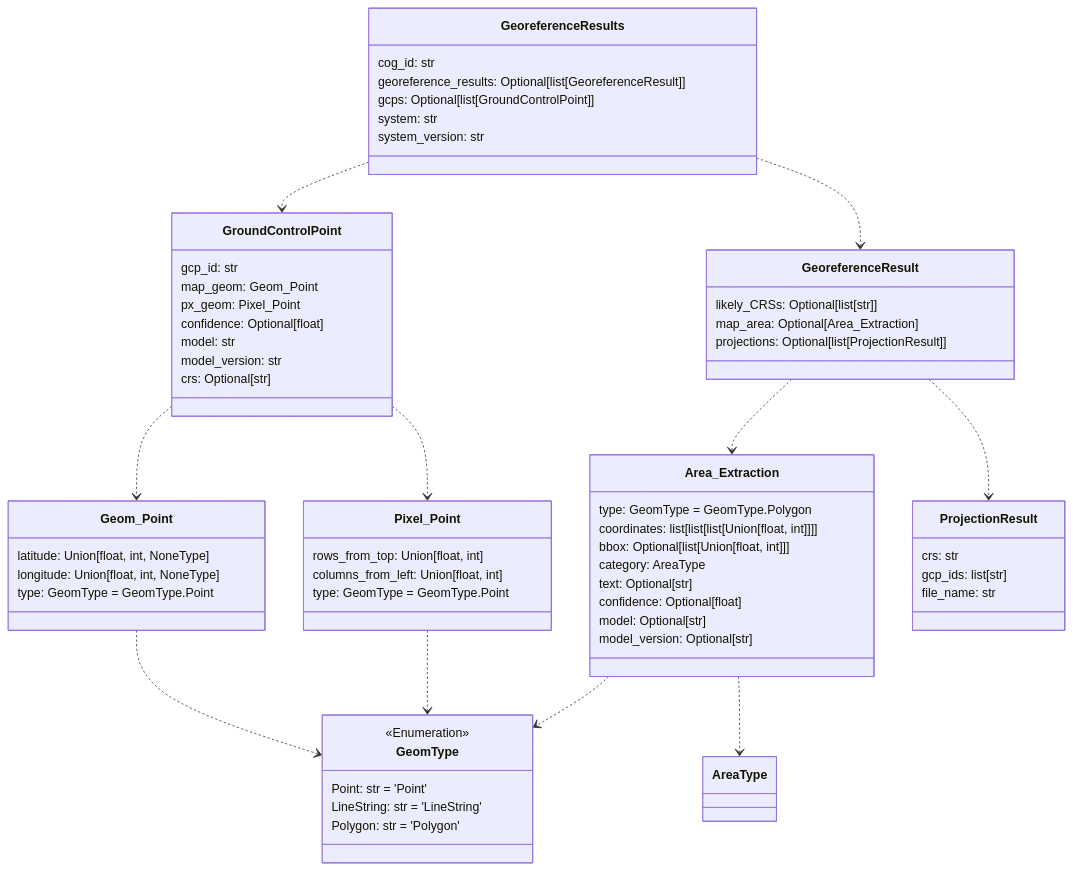
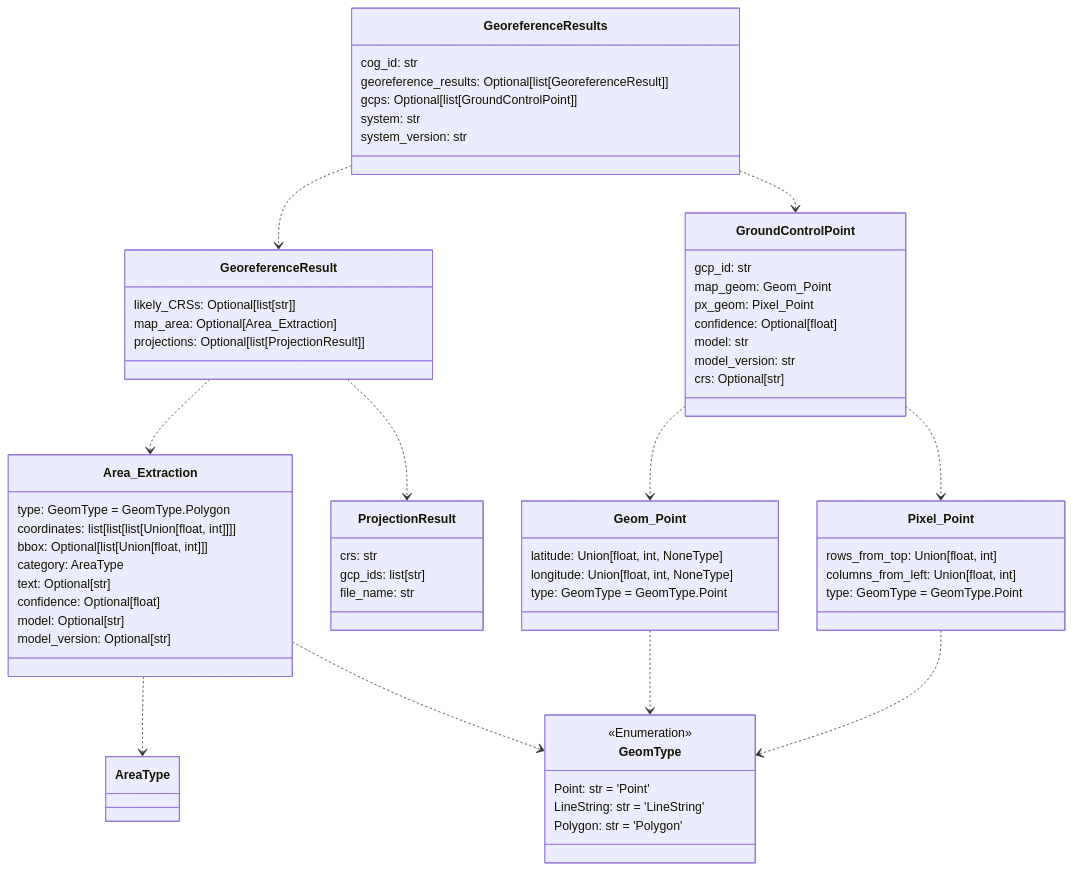
The first of 8 diagrams in README.md (UW-xDD/cdr_schemas), drawn with Mermaid before and after one commit. The commit also changed other lines of this file, not shown here.

Commit message:
Update readme with document diagram

````diff
--- a/README.md
+++ b/README.md
@@ -50,76 +50,76 @@
 ```mermaid
 classDiagram
-
-    class ProjectionResult {
-        crs: str
-        gcp_ids: list[str]
-        file_name: str
-    }
 
     class GroundControlPoint {
         gcp_id: str
         map_geom: Geom_Point
         px_geom: Pixel_Point
         confidence: Optional[float]
         model: str
         model_version: str
         crs: Optional[str]
+    }
+
+    class GeoreferenceResults {
+        cog_id: str
+        georeference_results: Optional[list[GeoreferenceResult]]
+        gcps: Optional[list[GroundControlPoint]]
+        system: str
+        system_version: str
     }
 
     class GeomType {
         <<Enumeration>>
         Point: str = 'Point'
         LineString: str = 'LineString'
         Polygon: str = 'Polygon'
     }
 
     class Area_Extraction {
         type: GeomType = GeomType.Polygon
         coordinates: list[list[list[Union[float, int]]]]
         bbox: Optional[list[Union[float, int]]]
         category: AreaType
         text: Optional[str]
         confidence: Optional[float]
         model: Optional[str]
         model_version: Optional[str]
     }
 
+    class ProjectionResult {
+        crs: str
+        gcp_ids: list[str]
+        file_name: str
+    }
+
+    class Pixel_Point {
+        rows_from_top: Union[float, int]
+        columns_from_left: Union[float, int]
+        type: GeomType = GeomType.Point
+    }
+
     class GeoreferenceResult {
         likely_CRSs: Optional[list[str]]
         map_area: Optional[Area_Extraction]
         projections: Optional[list[ProjectionResult]]
-    }
-
-    class GeoreferenceResults {
-        cog_id: str
-        georeference_results: Optional[list[GeoreferenceResult]]
-        gcps: Optional[list[GroundControlPoint]]
-        system: str
-        system_version: str
     }
 
     class Geom_Point {
         latitude: Union[float, int, NoneType]
         longitude: Union[float, int, NoneType]
         type: GeomType = GeomType.Point
     }
 
-    class Pixel_Point {
-        rows_from_top: Union[float, int]
-        columns_from_left: Union[float, int]
-        type: GeomType = GeomType.Point
-    }
-
+    Area_Extraction ..> AreaType
     Area_Extraction ..> GeomType
-    Area_Extraction ..> AreaType
     Geom_Point ..> GeomType
     Pixel_Point ..> GeomType
+    GroundControlPoint ..> Pixel_Point
     GroundControlPoint ..> Geom_Point
-    GroundControlPoint ..> Pixel_Point
+    GeoreferenceResult ..> ProjectionResult
     GeoreferenceResult ..> Area_Extraction
-    GeoreferenceResult ..> ProjectionResult
+    GeoreferenceResults ..> GeoreferenceResult
     GeoreferenceResults ..> GroundControlPoint
-    GeoreferenceResults ..> GeoreferenceResult
 
 
 ```
````
